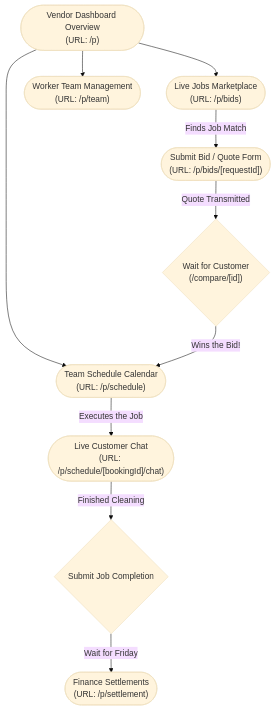
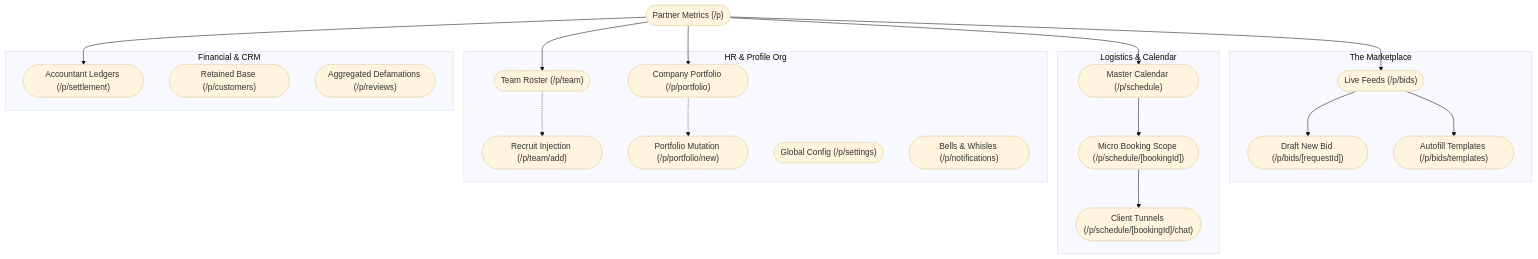
Before and after one commit to oniiyachan/analysis: the diagram in Analysis/10_User_Flow_Vector_Diagrams_EN/02_Partner_Flow.md, drawn with Mermaid (base theme). The commit also changed other lines of this file and 5 other files, not shown here.

````diff
--- a/Analysis/10_User_Flow_Vector_Diagrams_EN/02_Partner_Flow.md
+++ b/Analysis/10_User_Flow_Vector_Diagrams_EN/02_Partner_Flow.md
@@ -5,15 +4,37 @@
 ```mermaid
 graph TD
-    A(["Vendor Dashboard Overview<br/>(URL: /p)"]) --> B(["Live Jobs Marketplace<br/>(URL: /p/bids)"])
-    A --> C(["Team Schedule Calendar<br/>(URL: /p/schedule)"])
-    A --> D(["Worker Team Management<br/>(URL: /p/team)"])
-    
-    B -->|Finds Job Match| E(["Submit Bid / Quote Form<br/>(URL: /p/bids/[requestId])"])
-    E -->|Quote Transmitted| F{"Wait for Customer<br/>(/compare/[id])"}
-    F -->|Wins the Bid!| C
-    
-    C -->|Executes the Job| G(["Live Customer Chat<br/>(URL: /p/schedule/[bookingId]/chat)"])
-    G -->|Finished Cleaning| H{"Submit Job Completion"}
-    H -->|Wait for Friday| I(["Finance Settlements<br/>(URL: /p/settlement)"])
-    
+    D(["Partner Metrics (/p)"])
+
+    subgraph Bidding_Zone [The Marketplace]
+        B1(["Live Feeds (/p/bids)"])
+        B2(["Draft New Bid (/p/bids/[requestId])"])
+        B3(["Autofill Templates (/p/bids/templates)"])
+    end
+
+    subgraph Operations [Logistics & Calendar]
+        S1(["Master Calendar (/p/schedule)"])
+        S2(["Micro Booking Scope (/p/schedule/[bookingId])"])
+        S3(["Client Tunnels (/p/schedule/[bookingId]/chat)"])
+    end
+
+    subgraph Company_Mgmt [HR & Profile Org]
+        T1(["Team Roster (/p/team)"])
+        T2(["Recruit Injection (/p/team/add)"])
+        P1(["Company Portfolio (/p/portfolio)"])
+        P2(["Portfolio Mutation (/p/portfolio/new)"])
+        SET(["Global Config (/p/settings)"])
+        NOT(["Bells & Whisles (/p/notifications)"])
+    end
+
+    subgraph Accounting_CRM [Financial & CRM]
+        F1(["Accountant Ledgers (/p/settlement)"])
+        C1(["Retained Base (/p/customers)"])
+        R1(["Aggregated Defamations (/p/reviews)"])
+    end
+
+    D --> B1 & S1 & F1 & T1 & P1
+    B1 --> B2 & B3
+    S1 --> S2 --> S3
+    T1 -.-> T2
+    P1 -.-> P2
 ```
````
